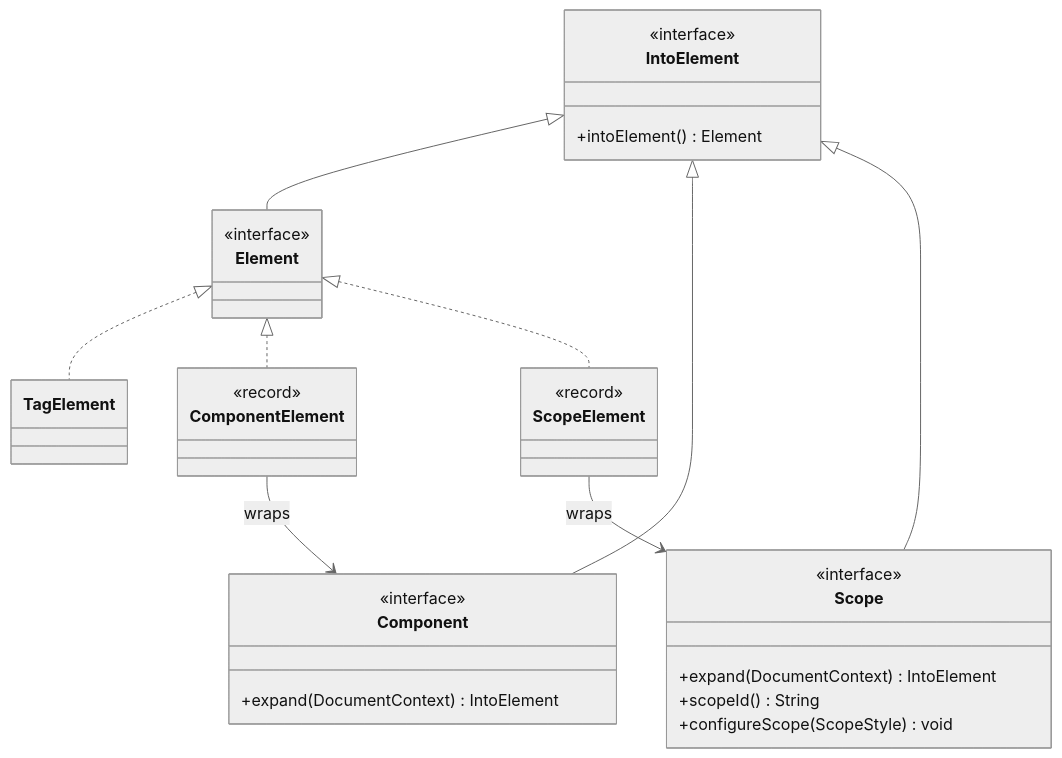
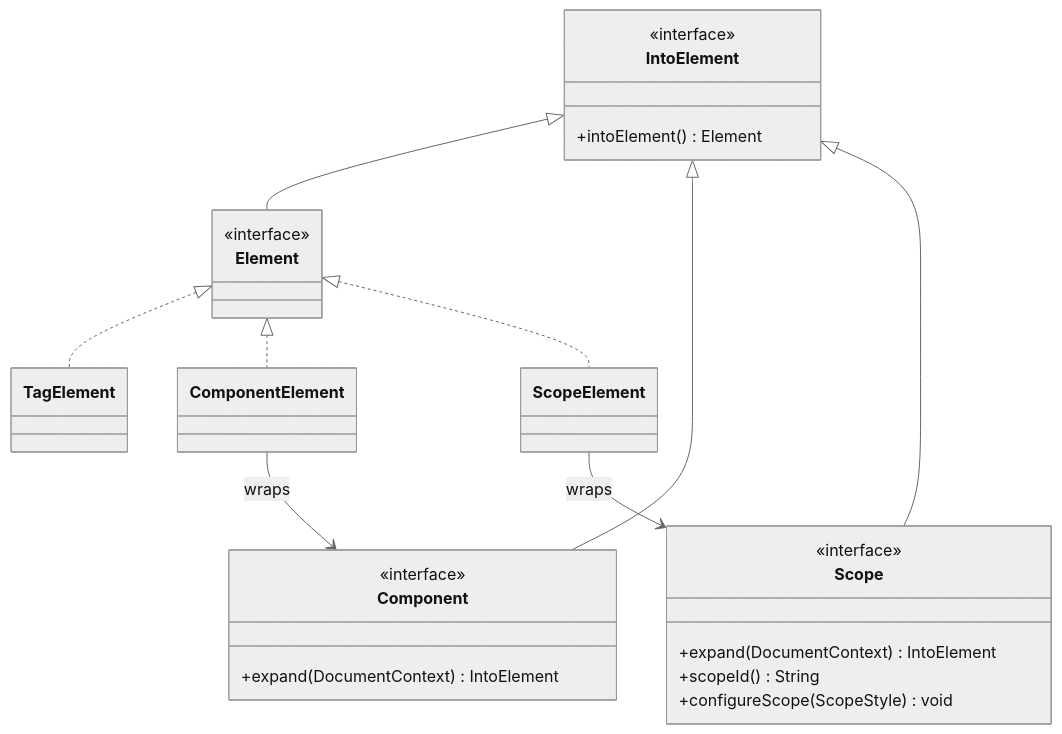
The diagram in docs/architecture.md (thiagogcm/tessera), drawn with Mermaid (neutral theme) before and after one commit. The commit also changed other lines of this file and 15 other files, not shown here.

````diff
--- a/docs/architecture.md
+++ b/docs/architecture.md
@@ -34,37 +29,33 @@
 ```mermaid
 classDiagram
     direction TB
     class IntoElement {
         <<interface>>
         +intoElement() Element
     }
     class Element {
         <<interface>>
     }
     class Component {
         <<interface>>
         +expand(DocumentContext) IntoElement
     }
     class Scope {
         <<interface>>
         +expand(DocumentContext) IntoElement
         +scopeId() String
         +configureScope(ScopeStyle) void
     }
     class TagElement
-    class ComponentElement {
-        <<record>>
-    }
-    class ScopeElement {
-        <<record>>
-    }
+    class ComponentElement
+    class ScopeElement
 
     IntoElement <|-- Element
     IntoElement <|-- Component
     IntoElement <|-- Scope
     Element <|.. TagElement
     Element <|.. ComponentElement
     Element <|.. ScopeElement
     ComponentElement --> Component : wraps
     ScopeElement --> Scope : wraps
 ```
````
